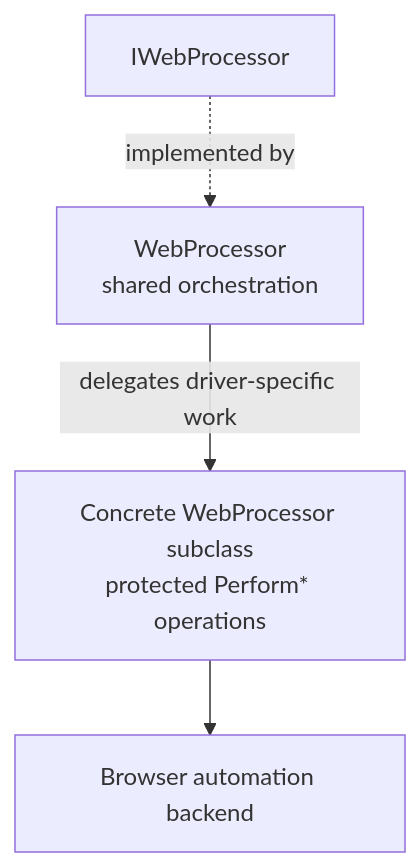
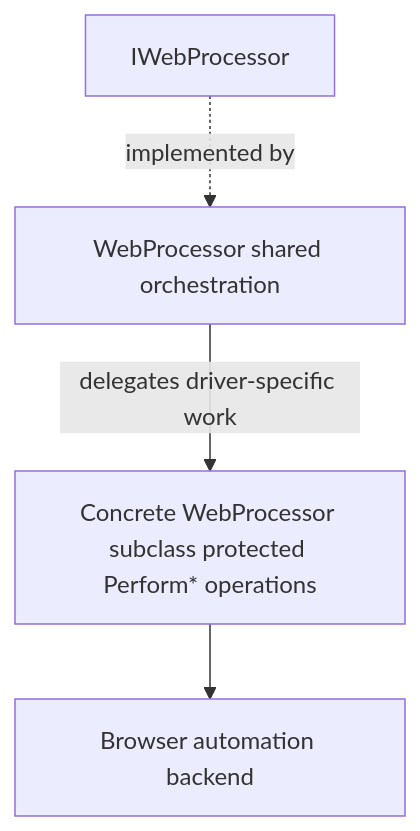
The second of 6 diagrams in ARCHITECTURE.md (hmlendea/nuciweb.automation), drawn with Mermaid before and after one commit. The commit also changed other lines of this file and 5 other files, not shown here.

````diff
--- a/ARCHITECTURE.md
+++ b/ARCHITECTURE.md
@@ -57,10 +53,10 @@
 ```mermaid
 flowchart TB
     Contract[IWebProcessor]
-    Base[WebProcessor\nshared orchestration]
-    Adapter[Concrete WebProcessor subclass\nprotected Perform* operations]
+    Base[WebProcessor shared orchestration]
+    Adapter[Concrete WebProcessor subclass protected Perform* operations]
     Backend[Browser automation backend]
     Contract -. implemented by .-> Base
     Base -->|delegates driver-specific work| Adapter
     Adapter --> Backend
 ```
````
